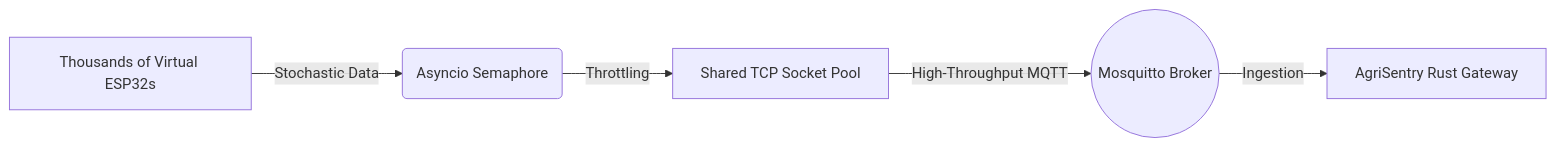
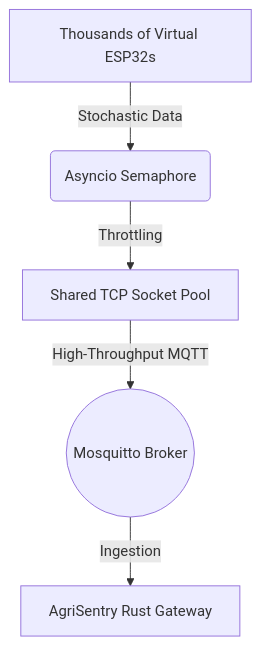
One commit to arleujr/agrisentry-device-simulator changed the diagram in README.md. Above: the diagram before and after it, drawn with Mermaid.

Commit message:
"docs: improve flowchart layout layout from horizontal to vertical cascade

````diff
--- a/README.md
+++ b/README.md
@@ -14,7 +14,7 @@
 ```mermaid
-graph LR
+graph TD
     A[Thousands of Virtual ESP32s] -->|Stochastic Data| B(Asyncio Semaphore)
     B -->|Throttling| C[Shared TCP Socket Pool]
     C -->|High-Throughput MQTT| D((Mosquitto Broker))
     D -->|Ingestion| E[AgriSentry Rust Gateway]
 ```
````
